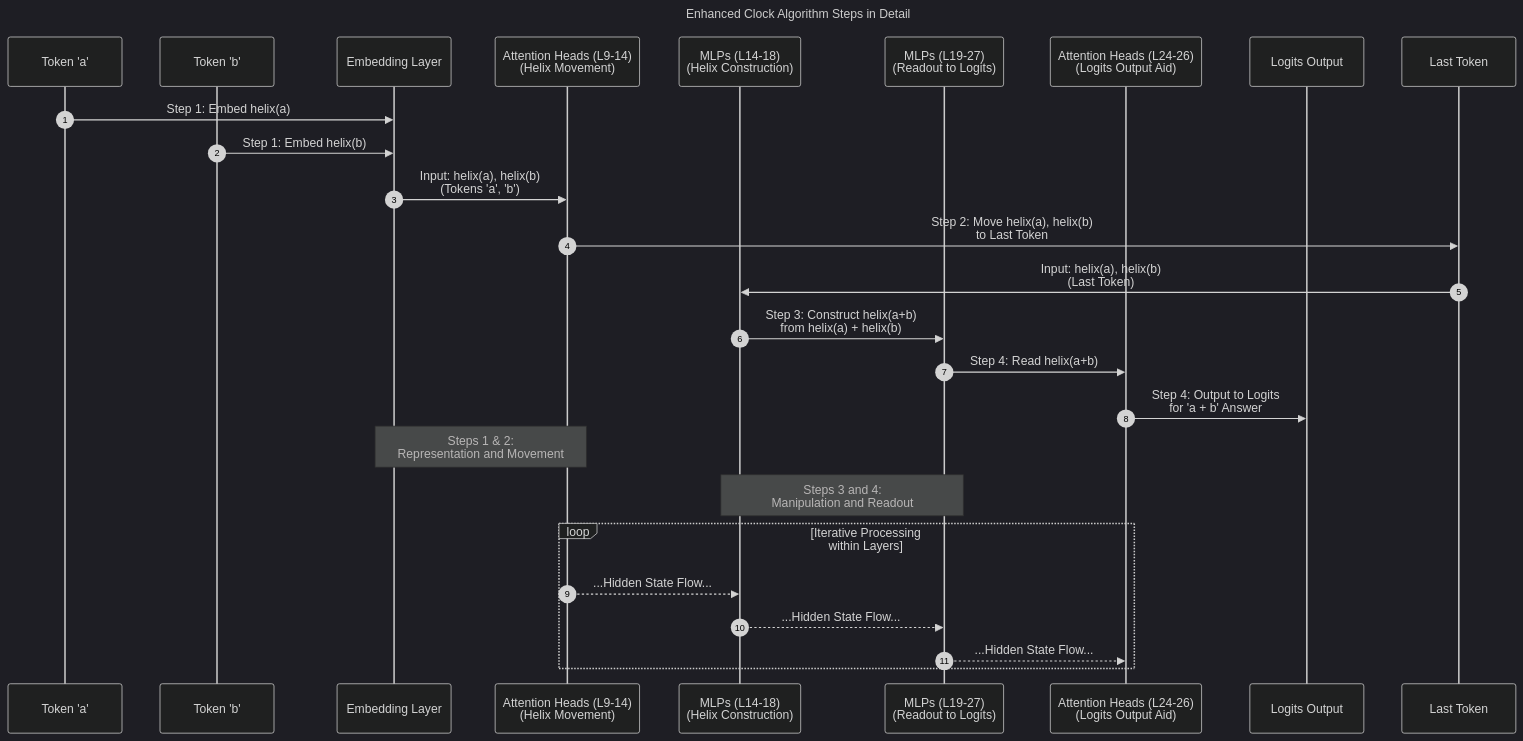
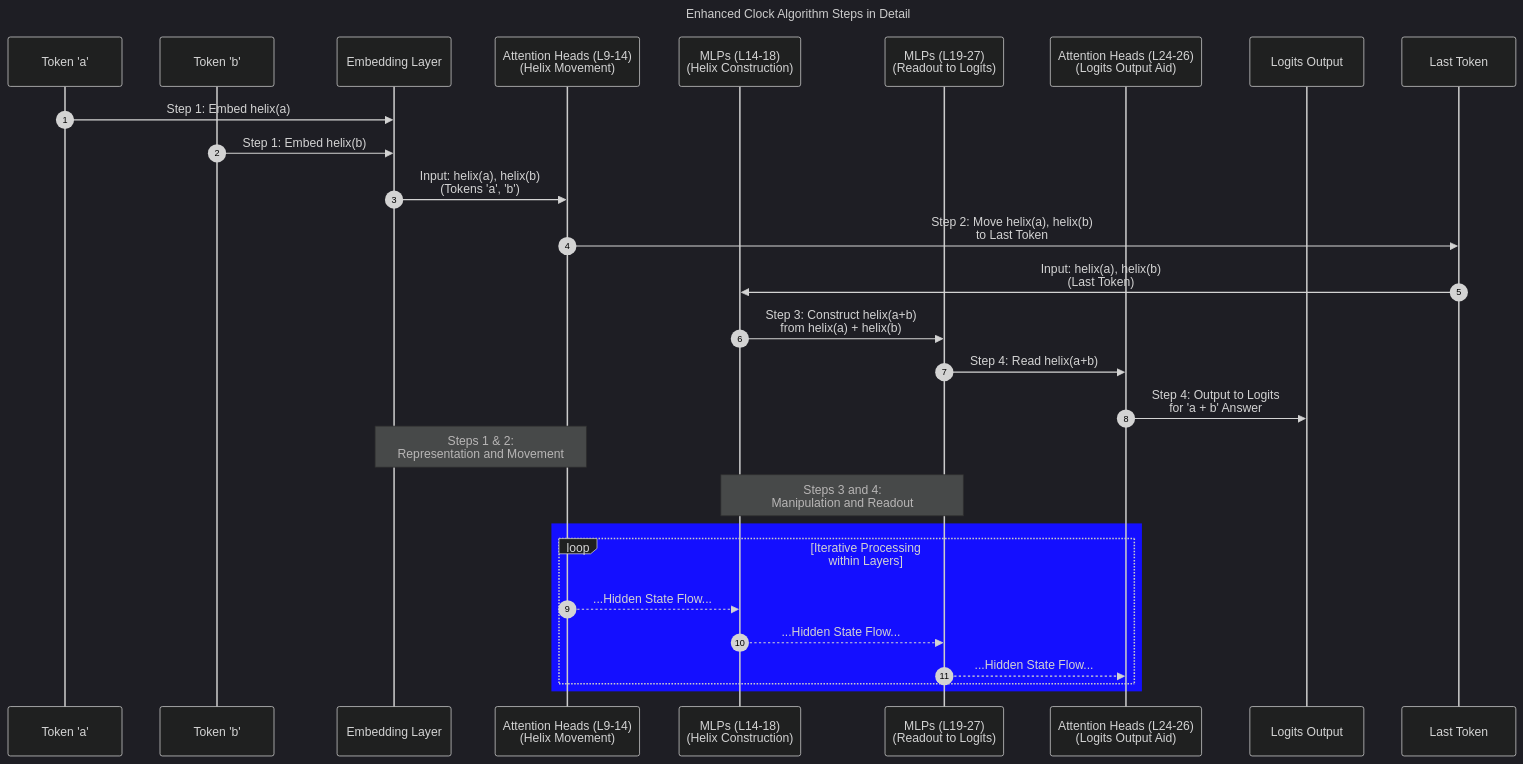
The third of 6 diagrams in Latest_Algorithms/Language_Models_Use_Trigonometry_to_Do_Addition/Language_Models_Use_Trigonometry_to_Do_Addition_V2.md (CongLeSolutionX/AlgoVerse), drawn with Mermaid before and after one commit.

````diff
--- a/Latest_Algorithms/Language_Models_Use_Trigonometry_to_Do_Addition/Language_Models_Use_Trigonometry_to_Do_Addition_V2.md
+++ b/Latest_Algorithms/Language_Models_Use_Trigonometry_to_Do_Addition/Language_Models_Use_Trigonometry_to_Do_Addition_V2.md
@@ -178,41 +178,42 @@
 ```mermaid
 ---
 title: Enhanced Clock Algorithm Steps in Detail
 config:
   layout: elk
   look: handDrawn
   theme: dark
 ---
 sequenceDiagram
     autonumber
     participant Input_Token_a as Token 'a'
     participant Input_Token_b as Token 'b'
     participant Embedding_Layer as Embedding Layer
     participant Attn_Heads_9_14 as Attention Heads (L9-14)<br/>(Helix Movement)
     participant MLPs_14_18 as MLPs (L14-18)<br/>(Helix Construction)
     participant MLPs_19_27 as MLPs (L19-27)<br/>(Readout to Logits)
     participant Attn_Heads_24_26 as Attention Heads (L24-26)<br/>(Logits Output Aid)
     participant Logits_Output as Logits Output
 
     Input_Token_a->>Embedding_Layer: Step 1: Embed helix(a)
     Input_Token_b->>Embedding_Layer: Step 1: Embed helix(b)
     Embedding_Layer->>Attn_Heads_9_14: Input: helix(a), helix(b)<br/>(Tokens 'a', 'b')
     Attn_Heads_9_14 ->> Last_Token: Step 2: Move helix(a), helix(b)<br/>to Last Token
     Last_Token->>MLPs_14_18: Input: helix(a), helix(b)<br/>(Last Token)
     MLPs_14_18 ->>MLPs_19_27: Step 3: Construct helix(a+b)<br/>from helix(a) + helix(b)
     MLPs_19_27 ->>Attn_Heads_24_26: Step 4: Read helix(a+b)
     Attn_Heads_24_26 ->>Logits_Output: Step 4: Output to Logits<br/>for 'a + b' Answer
 
     Note over Embedding_Layer, Attn_Heads_9_14: Steps 1 & 2:<br/>Representation and Movement
     Note over MLPs_14_18, MLPs_19_27: Steps 3 and 4:<br/>Manipulation and Readout
-
-    loop Iterative Processing within Layers
-        Attn_Heads_9_14 -->>MLPs_14_18: ...Hidden State Flow...
-        MLPs_14_18 -->>MLPs_19_27: ...Hidden State Flow...
-        MLPs_19_27 -->>Attn_Heads_24_26: ...Hidden State Flow...
+    
+    rect rgb(20, 15, 255)
+        loop Iterative Processing within Layers
+            Attn_Heads_9_14 -->>MLPs_14_18: ...Hidden State Flow...
+            MLPs_14_18 -->>MLPs_19_27: ...Hidden State Flow...
+            MLPs_19_27 -->>Attn_Heads_24_26: ...Hidden State Flow...
+        end
     end
 
-    %% style Last_Token fill:#FFFFE0,stroke:#333,stroke-width:1px
     participant Last_Token as Last Token
 
 ```
````
